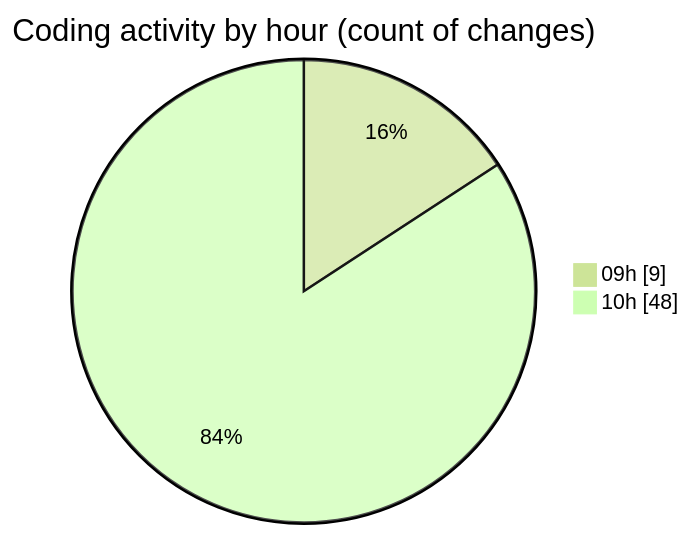
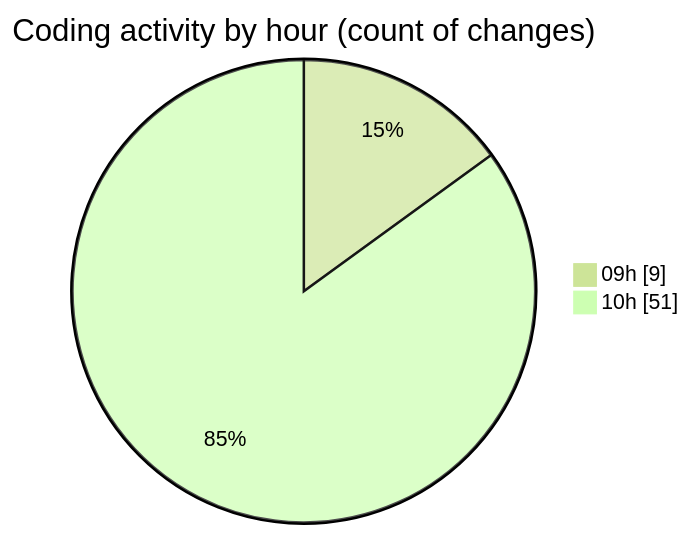
One commit to robertbonfada/code-tracking changed the second of 2 diagrams in 2025-03-04/termonied_testador/README.md. Above: the diagram before and after it, drawn with Mermaid (forest theme). The commit also changed other lines of this file and 1 other file, not shown here.

````diff
--- a/2025-03-04/termonied_testador/README.md
+++ b/2025-03-04/termonied_testador/README.md
@@ -35,6 +35,6 @@
 ```mermaid
 pie showData
 title Coding activity by hour (count of changes)
 "09h" : 9
-"10h" : 48
+"10h" : 51
 ```
````
